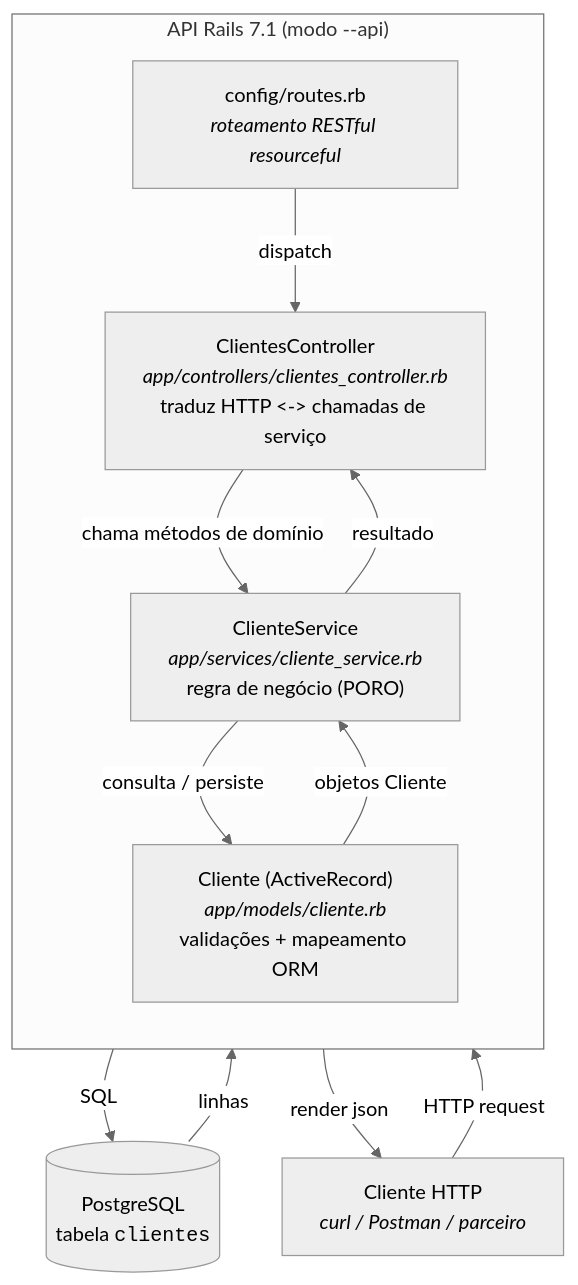
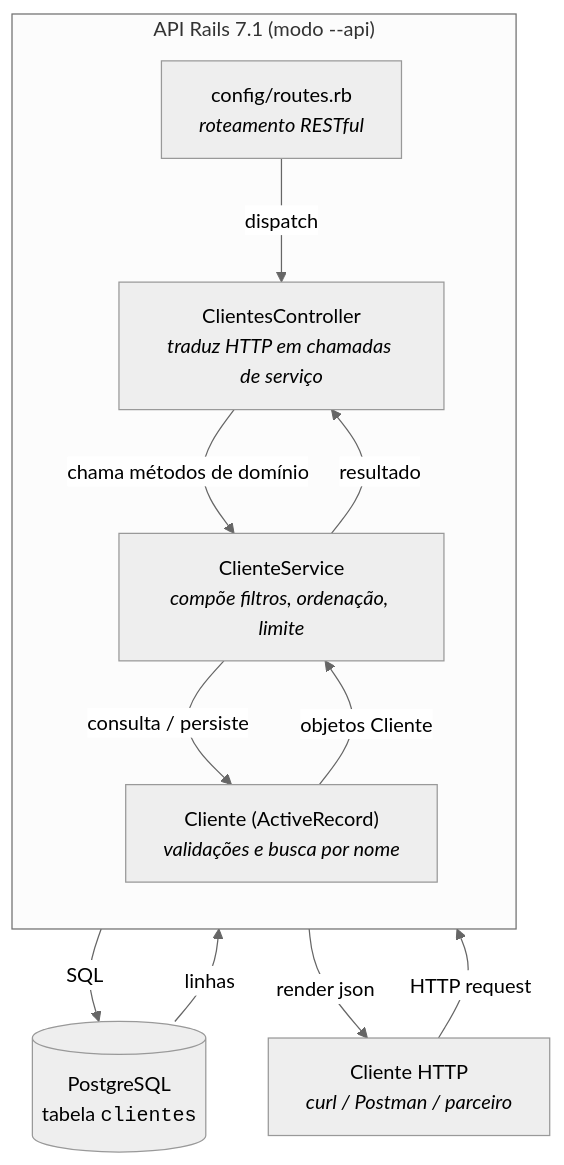
Before and after one commit to ThiagoAlves15/DESF5-2026-3A-ThiagoAlves: the diagram in README.md, drawn with Mermaid (neutral theme). The commit also changed other lines of this file and 2 other files, not shown here.

````diff
--- a/README.md
+++ b/README.md
@@ -50,24 +29,24 @@
 ```mermaid
 graph TD
     client["Cliente HTTP<br/><i>curl / Postman / parceiro</i>"]
 
     subgraph rails["API Rails 7.1 (modo --api)"]
         direction TB
-        routes["config/routes.rb<br/><i>roteamento RESTful resourceful</i>"]
-        controller["ClientesController<br/><i>app/controllers/clientes_controller.rb</i><br/>traduz HTTP &lt;-&gt; chamadas de serviço"]
-        service["ClienteService<br/><i>app/services/cliente_service.rb</i><br/>regra de negócio (PORO)"]
-        model["Cliente (ActiveRecord)<br/><i>app/models/cliente.rb</i><br/>validações + mapeamento ORM"]
+        routes["config/routes.rb<br/><i>roteamento RESTful</i>"]
+        controller["ClientesController<br/><i>traduz HTTP em chamadas de serviço</i>"]
+        service["ClienteService<br/><i>compõe filtros, ordenação, limite</i>"]
+        model["Cliente (ActiveRecord)<br/><i>validações e busca por nome</i>"]
     end
 
     db[("PostgreSQL<br/>tabela <code>clientes</code>")]
 
     client -- "HTTP request" --> routes
     routes -- "dispatch" --> controller
     controller -- "chama métodos de domínio" --> service
     service -- "consulta / persiste" --> model
     model -- "SQL" --> db
     db -- "linhas" --> model
     model -- "objetos Cliente" --> service
     service -- "resultado" --> controller
     controller -- "render json" --> client
 ```
````
